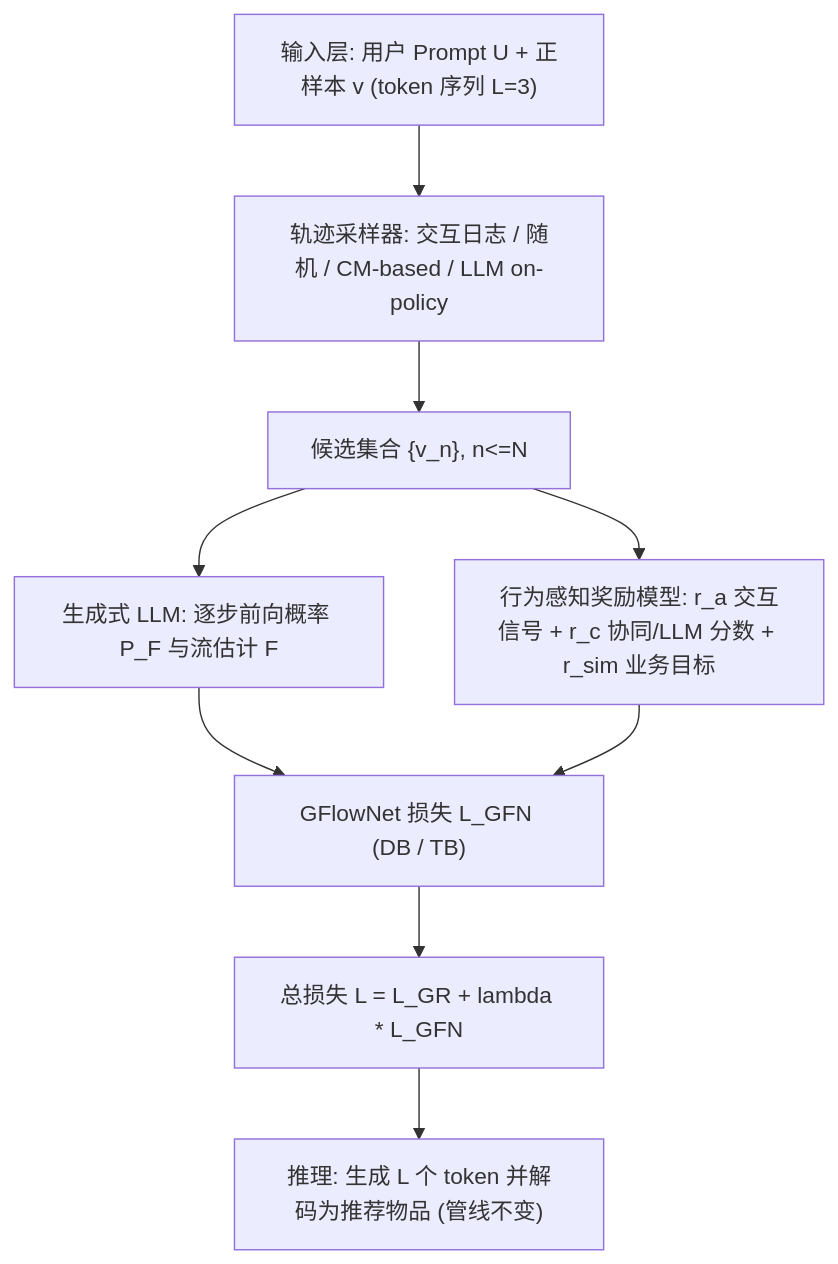
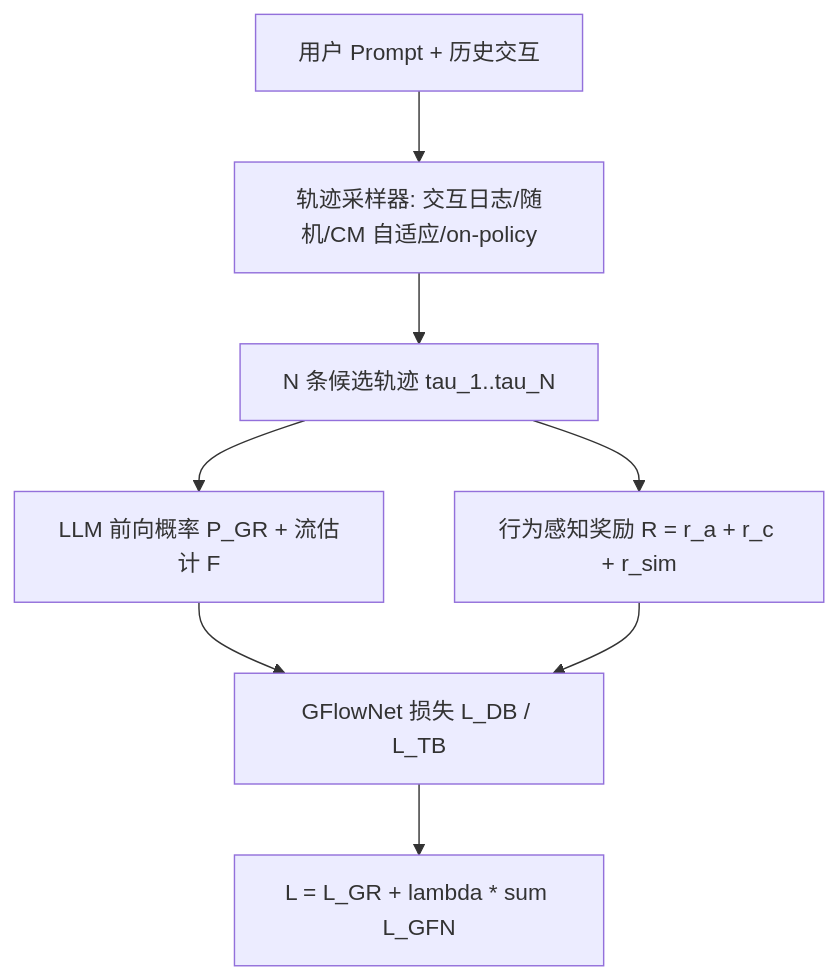
The diagram in docs/venues/SIGIR/2026/generative_rec/gflowgr_fine_tuning_generative_recommendation_frameworks_with_generative_fl.md (jbdcia321vw/Paper-Notes), drawn with Mermaid before and after one commit. The commit also changed other lines of this file and 1119 other files, not shown here.

````diff
--- a/docs/venues/SIGIR/2026/generative_rec/gflowgr_fine_tuning_generative_recommendation_frameworks_with_generative_fl.md
+++ b/docs/venues/SIGIR/2026/generative_rec/gflowgr_fine_tuning_generative_recommendation_frameworks_with_generative_fl.md
@@ -56,11 +47,10 @@
 ```mermaid
 flowchart TD
-    A["输入层: 用户 Prompt U + 正样本 v (token 序列 L=3)"] --> B["轨迹采样器: 交互日志 / 随机 / CM-based / LLM on-policy"]
-    B --> C["候选集合 {v_n}, n<=N"]
-    C --> D["生成式 LLM: 逐步前向概率 P_F 与流估计 F"]
-    C --> E["行为感知奖励模型: r_a 交互信号 + r_c 协同/LLM 分数 + r_sim 业务目标"]
-    D --> F["GFlowNet 损失 L_GFN (DB / TB)"]
+    A["用户 Prompt + 历史交互"] --> B["轨迹采样器: 交互日志/随机/CM 自适应/on-policy"]
+    B --> C["N 条候选轨迹 tau_1..tau_N"]
+    C --> D["LLM 前向概率 P_GR + 流估计 F"]
+    C --> E["行为感知奖励 R = r_a + r_c + r_sim"]
+    D --> F["GFlowNet 损失 L_DB / L_TB"]
     E --> F
-    F --> G["总损失 L = L_GR + lambda * L_GFN"]
-    G --> H["推理: 生成 L 个 token 并解码为推荐物品 (管线不变)"]
+    F --> G["L = L_GR + lambda * sum L_GFN"]
 ```
````
